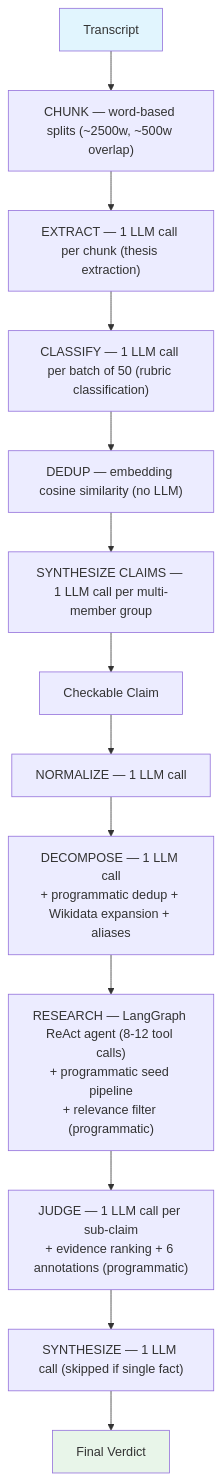
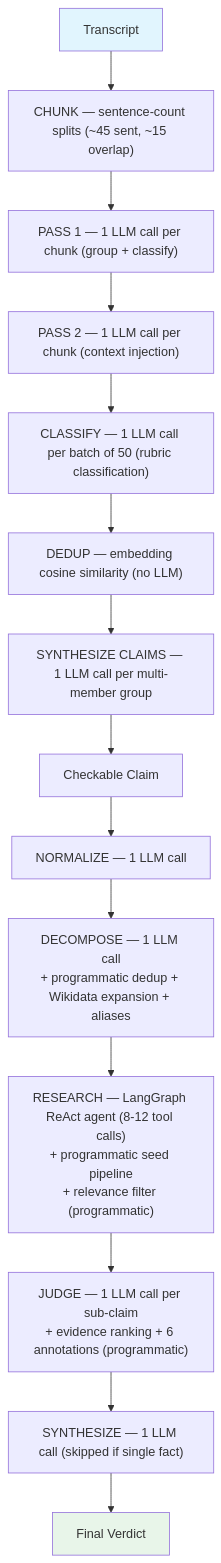
One commit to vedantadhobley/spin-cycle changed the first of 2 diagrams in docs/llm-calls.md. Above: the diagram before and after it, drawn with Mermaid. The commit also changed other lines of this file and 12 other files, not shown here.

First line of the commit message:
refactor: two-pass extraction — grouping + context injection

````diff
--- a/docs/llm-calls.md
+++ b/docs/llm-calls.md
@@ -11,18 +11,19 @@
 ```mermaid
 flowchart TD
-    T[Transcript] --> CHUNK["CHUNK — word-based splits (~2500w, ~500w overlap)"]
-    CHUNK --> EXT["EXTRACT — 1 LLM call per chunk (thesis extraction)"]
-    EXT --> CLASS["CLASSIFY — 1 LLM call per batch of 50 (rubric classification)"]
+    T[Transcript] --> CHUNK["CHUNK — sentence-count splits (~45 sent, ~15 overlap)"]
+    CHUNK --> GRP["PASS 1 — 1 LLM call per chunk (group + classify)"]
+    GRP --> INJ["PASS 2 — 1 LLM call per chunk (context injection)"]
+    INJ --> CLASS["CLASSIFY — 1 LLM call per batch of 50 (rubric classification)"]
     CLASS --> DEDUP["DEDUP — embedding cosine similarity (no LLM)"]
     DEDUP --> SYNTH_C["SYNTHESIZE CLAIMS — 1 LLM call per multi-member group"]
     SYNTH_C --> RAW[Checkable Claim]
     RAW --> NORM["NORMALIZE — 1 LLM call"]
     NORM --> DEC["DECOMPOSE — 1 LLM call\n+ programmatic dedup + Wikidata expansion + aliases"]
     DEC --> RES["RESEARCH — LangGraph ReAct agent (8-12 tool calls)\n+ programmatic seed pipeline\n+ relevance filter (programmatic)"]
     RES --> JDG["JUDGE — 1 LLM call per sub-claim\n+ evidence ranking + 6 annotations (programmatic)"]
     JDG --> SYN["SYNTHESIZE — 1 LLM call (skipped if single fact)"]
     SYN --> V[Final Verdict]
 
     style T fill:#e1f5fe
     style V fill:#e8f5e9
 ```
````
